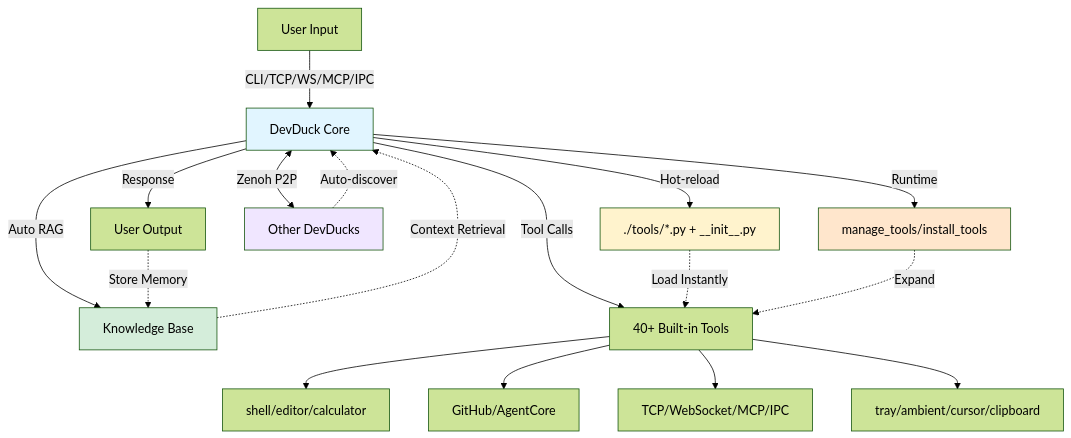
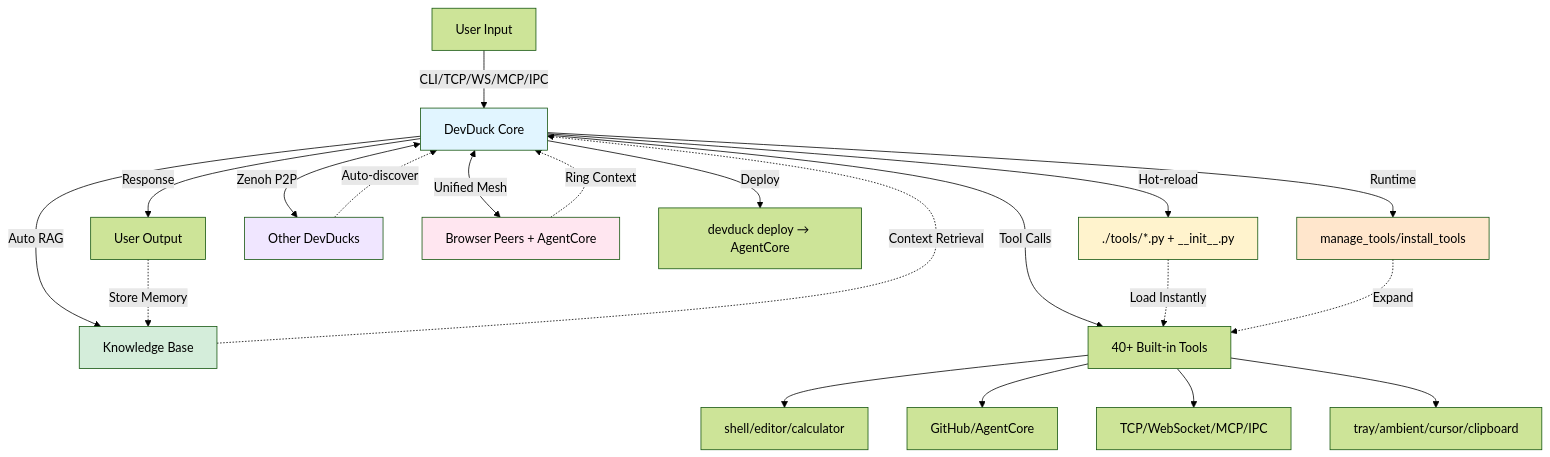
Before and after one commit to cagataycali/devduck: the diagram in README.md, drawn with Mermaid (forest theme). The commit also changed other lines of this file, not shown here.

Commit message:
docs: update README for v1.6.0 — unified mesh, deploy CLI, new port allocation

````diff
--- a/README.md
+++ b/README.md
@@ -98,25 +108,29 @@
 ```mermaid
 graph TB
     A[User Input] -->|CLI/TCP/WS/MCP/IPC| B[DevDuck Core]
     B -->|Auto RAG| C[Knowledge Base]
     C -.->|Context Retrieval| B
     B -->|Tool Calls| D[40+ Built-in Tools]
     D --> E[shell/editor/calculator]
     D --> F[GitHub/AgentCore]
     D --> G[TCP/WebSocket/MCP/IPC]
     D --> H[tray/ambient/cursor/clipboard]
     B -->|Hot-reload| I[./tools/*.py + __init__.py]
     I -.->|Load Instantly| D
     B -->|Runtime| K[manage_tools/install_tools]
     K -.->|Expand| D
     B <-->|Zenoh P2P| L[Other DevDucks]
     L -.->|Auto-discover| B
+    B <-->|Unified Mesh| M[Browser Peers + AgentCore]
+    M -.->|Ring Context| B
+    B -->|Deploy| N[devduck deploy → AgentCore]
     B -->|Response| J[User Output]
     J -.->|Store Memory| C
     
     style B fill:#e1f5ff
     style C fill:#d4edda
     style I fill:#fff3cd
     style K fill:#ffe6cc
     style L fill:#f0e6ff
+    style M fill:#ffe6f0
 ```
````
